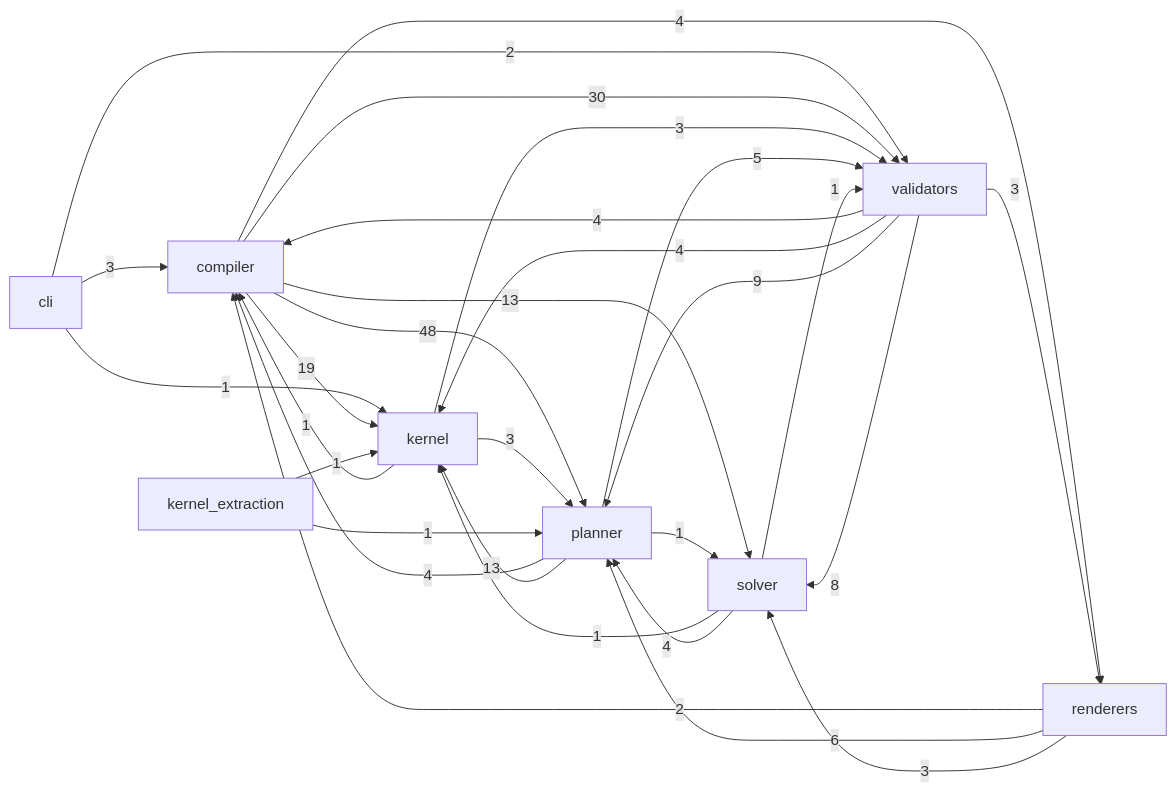
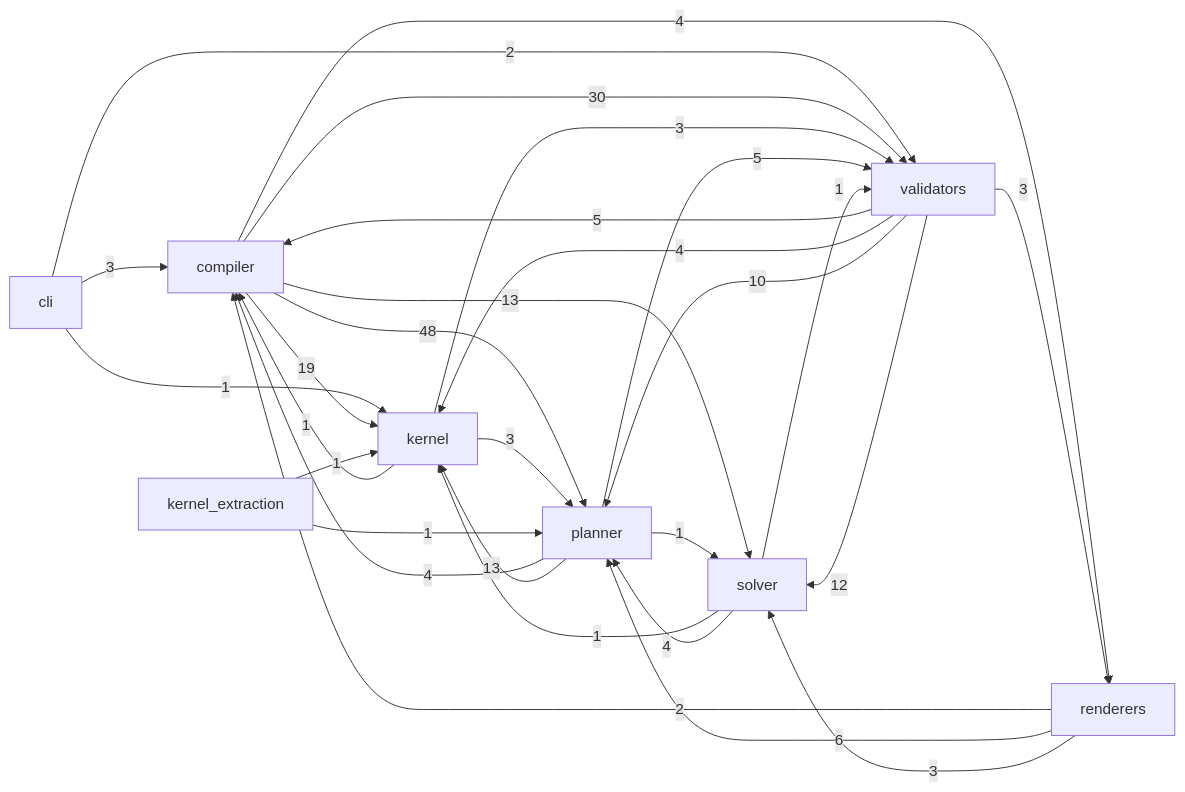
The diagram in docs/reference/code.md (Kingsley-Cyber/cinematic-compiler-core), drawn with Mermaid before and after one commit. The commit also changed other lines of this file and 22 other files, not shown here.

````diff
--- a/docs/reference/code.md
+++ b/docs/reference/code.md
@@ -15,31 +15,31 @@
 ```mermaid
 flowchart LR
   cli -->|3| compiler
   cli -->|1| kernel
   cli -->|2| validators
   compiler -->|19| kernel
   compiler -->|48| planner
   compiler -->|4| renderers
   compiler -->|13| solver
   compiler -->|30| validators
   kernel -->|1| compiler
   kernel -->|3| planner
   kernel -->|3| validators
   kernel_extraction -->|1| kernel
   kernel_extraction -->|1| planner
   planner -->|4| compiler
   planner -->|13| kernel
   planner -->|1| solver
   planner -->|5| validators
   renderers -->|2| compiler
   renderers -->|6| planner
   renderers -->|3| solver
   solver -->|1| kernel
   solver -->|4| planner
   solver -->|1| validators
-  validators -->|4| compiler
+  validators -->|5| compiler
   validators -->|4| kernel
-  validators -->|9| planner
+  validators -->|10| planner
   validators -->|3| renderers
-  validators -->|8| solver
+  validators -->|12| solver
 ```
````
